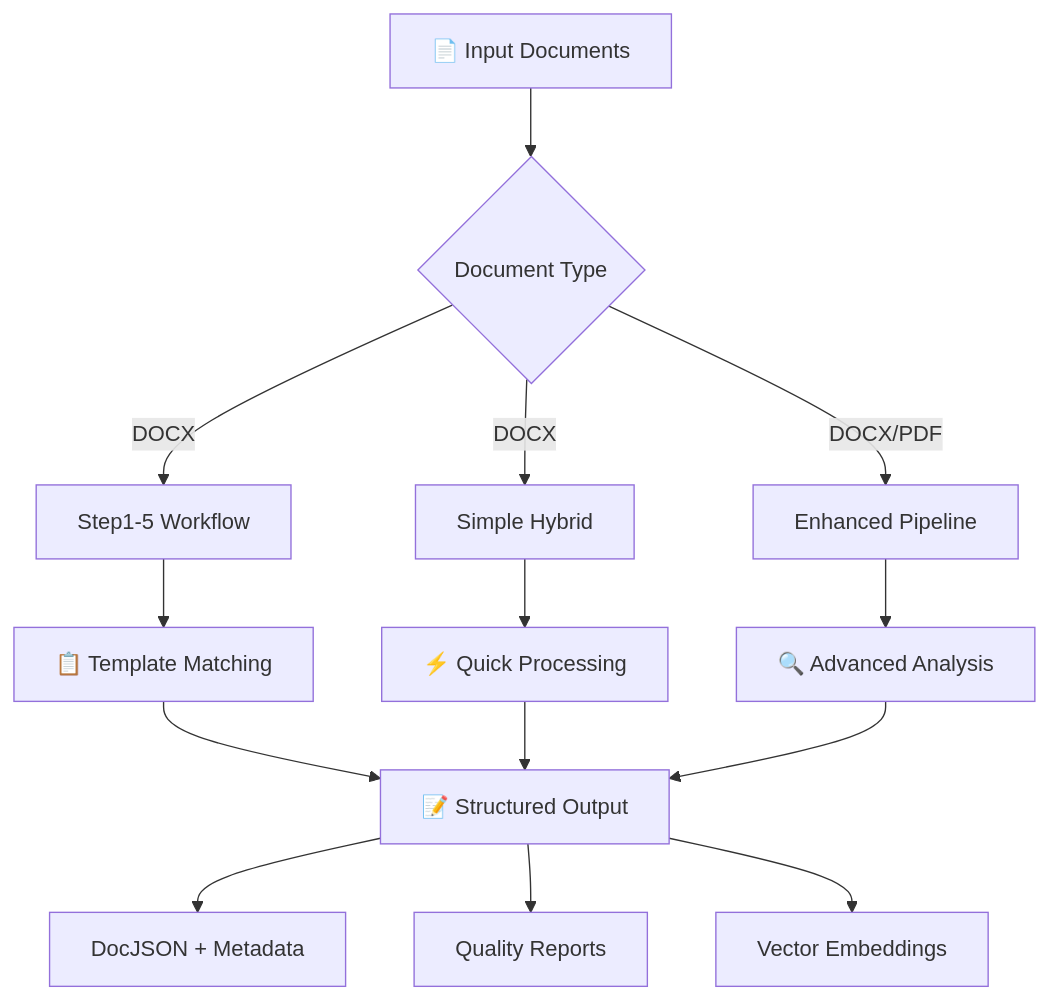
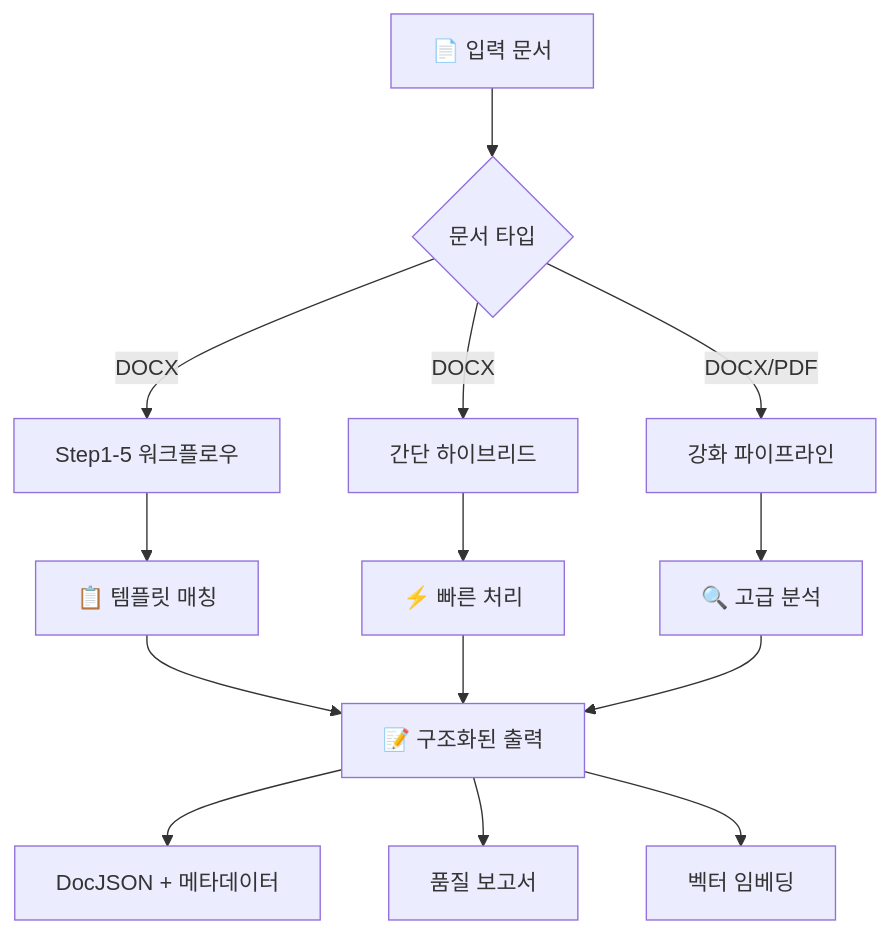
Before and after one commit to ymarx/doc-layout-analyzer: the diagram in README.md, drawn with Mermaid. The commit also changed other lines of this file, not shown here.

````diff
--- a/README.md
+++ b/README.md
@@ -71,19 +71,19 @@
 ```mermaid
 graph TD
-    A[📄 Input Documents] --> B{Document Type}
-    B -->|DOCX| C[Step1-5 Workflow]
-    B -->|DOCX| D[Simple Hybrid]
-    B -->|DOCX/PDF| E[Enhanced Pipeline]
+    A[📄 입력 문서] --> B{문서 타입}
+    B -->|DOCX| C[Step1-5 워크플로우]
+    B -->|DOCX| D[간단 하이브리드]
+    B -->|DOCX/PDF| E[강화 파이프라인]
 
-    C --> F[📋 Template Matching]
-    D --> G[⚡ Quick Processing]
-    E --> H[🔍 Advanced Analysis]
+    C --> F[📋 템플릿 매칭]
+    D --> G[⚡ 빠른 처리]
+    E --> H[🔍 고급 분석]
 
-    F --> I[📝 Structured Output]
+    F --> I[📝 구조화된 출력]
     G --> I
     H --> I
 
-    I --> J[DocJSON + Metadata]
-    I --> K[Quality Reports]
-    I --> L[Vector Embeddings]
+    I --> J[DocJSON + 메타데이터]
+    I --> K[품질 보고서]
+    I --> L[벡터 임베딩]
 ```
````
